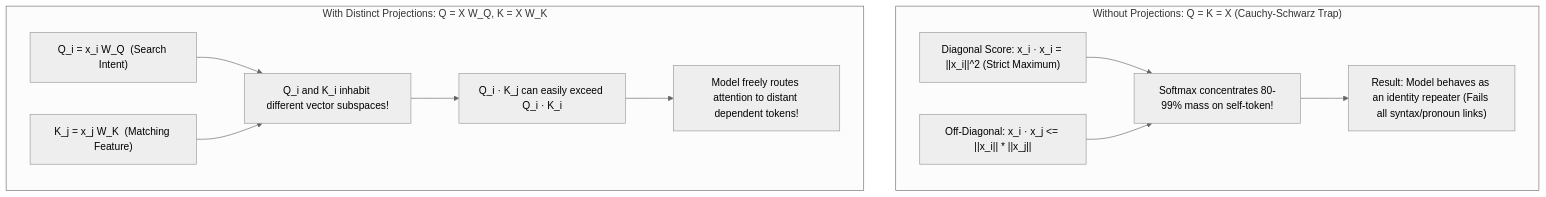
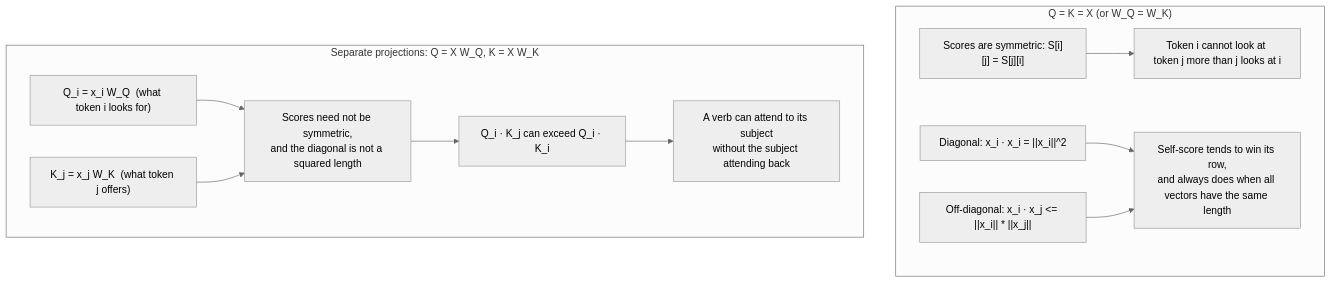
One commit to TapanKumarBarik/Backend-roadmap changed the second of 2 diagrams in content/genai/02-transformer-architecture/04-queries-keys-and-values/README.md. Above: the diagram before and after it, drawn with Mermaid (neutral theme). The commit also changed other lines of this file, not shown here.

````diff
--- a/content/genai/02-transformer-architecture/04-queries-keys-and-values/README.md
+++ b/content/genai/02-transformer-architecture/04-queries-keys-and-values/README.md
@@ -62,18 +62,19 @@
 ```mermaid
 flowchart TD
-    subgraph Cauchy_Trap["Without Projections: Q = K = X (Cauchy-Schwarz Trap)"]
-        D1["Diagonal Score: x_i · x_i = ||x_i||^2 (Strict Maximum)"]
-        D2["Off-Diagonal: x_i · x_j <= ||x_i|| * ||x_j||"]
-        D1 --> D3["Softmax concentrates 80-99% mass on self-token!"]
-        D2 --> D3
-        D3 --> D4["Result: Model behaves as an identity repeater (Fails all syntax/pronoun links)"]
+    subgraph Tied["Q = K = X (or W_Q = W_K)"]
+        D1["Scores are symmetric: S[i][j] = S[j][i]"]
+        D2["Diagonal: x_i · x_i = ||x_i||^2"]
+        D3["Off-diagonal: x_i · x_j <= ||x_i|| * ||x_j||"]
+        D1 --> D5["Token i cannot look at token j more than j looks at i"]
+        D2 --> D4["Self-score tends to win its row,<br/>and always does when all vectors have the same length"]
+        D3 --> D4
     end
 
-    subgraph Projections_Active["With Distinct Projections: Q = X W_Q, K = X W_K"]
-        P1["Q_i = x_i W_Q  (Search Intent)"]
-        P2["K_j = x_j W_K  (Matching Feature)"]
-        P1 & P2 --> P3["Q_i and K_i inhabit different vector subspaces!"]
-        P3 --> P4["Q_i · K_j can easily exceed Q_i · K_i"]
-        P4 --> P5["Model freely routes attention to distant dependent tokens!"]
+    subgraph Separate["Separate projections: Q = X W_Q, K = X W_K"]
+        P1["Q_i = x_i W_Q  (what token i looks for)"]
+        P2["K_j = x_j W_K  (what token j offers)"]
+        P1 & P2 --> P3["Scores need not be symmetric,<br/>and the diagonal is not a squared length"]
+        P3 --> P4["Q_i · K_j can exceed Q_i · K_i"]
+        P4 --> P5["A verb can attend to its subject<br/>without the subject attending back"]
     end
 ```
````
